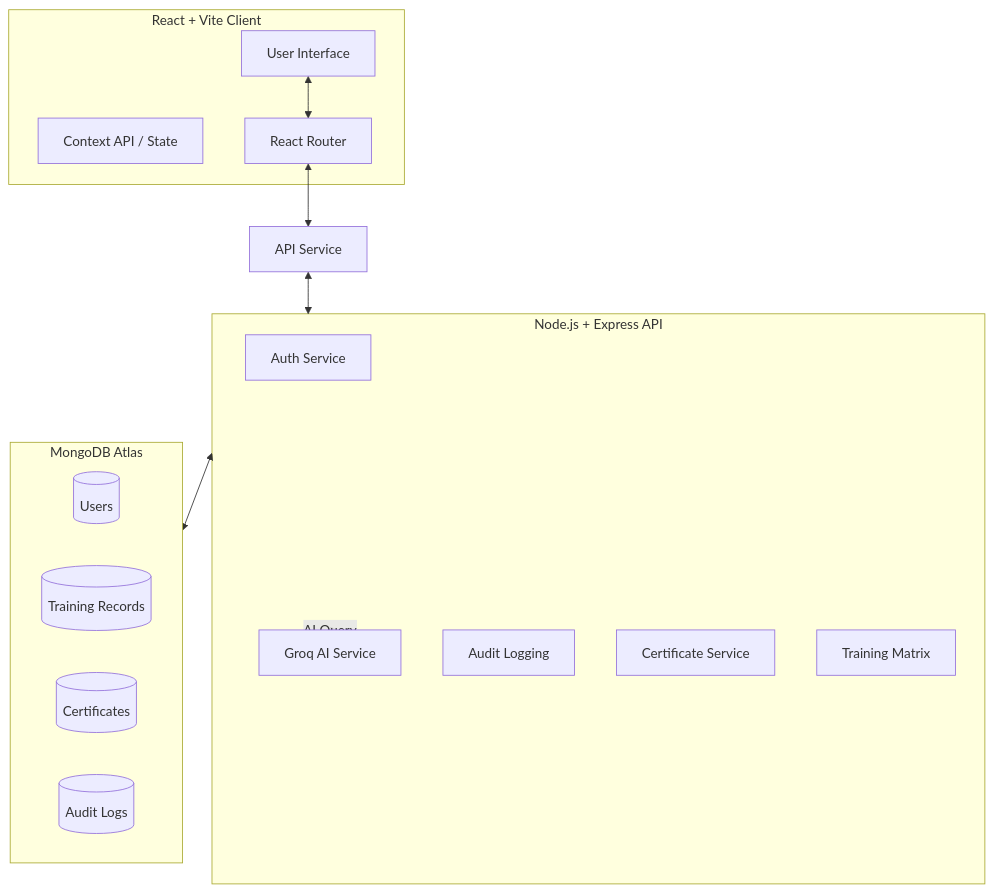
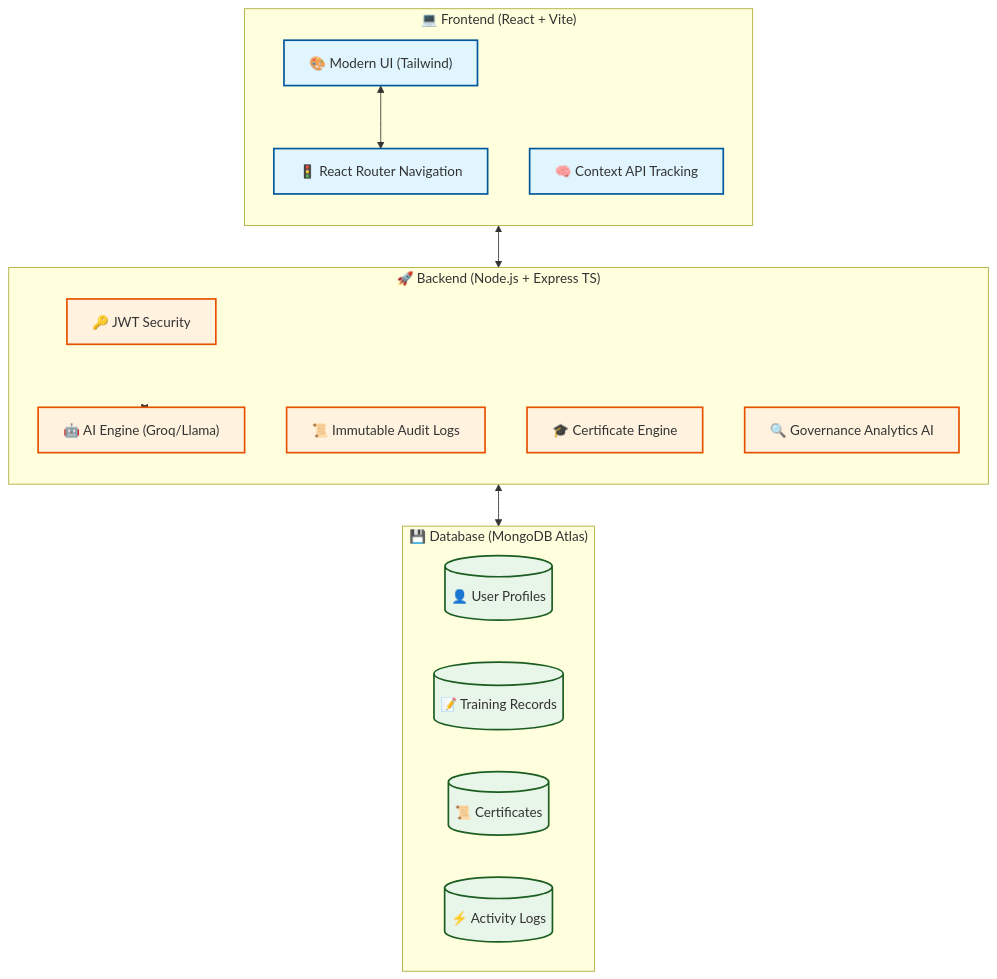
One commit to rhubballi/TMS changed the first of 3 diagrams in README.md. Above: the diagram before and after it, drawn with Mermaid.

Commit message:
Enhance architecture diagram in README.md

````diff
--- a/README.md
+++ b/README.md
@@ -9,29 +9,40 @@
 ```mermaid
-graph TD
-    subgraph Frontend [React + Vite Client]
-        UI[User Interface]
-        State[Context API / State]
-        Router[React Router]
+graph TB
+    subgraph Client_Layer ["💻 Frontend (React + Vite)"]
+        direction TB
+        UI["🎨 Modern UI (Tailwind)"]
+        State["🧠 Context API Tracking"]
+        Router["🚦 React Router Navigation"]
     end
 
-    subgraph Backend [Node.js + Express API]
-        Auth[Auth Service]
-        AIService[Groq AI Service]
-        Audit[Audit Logging]
-        Cert[Certificate Service]
-        Matrix[Training Matrix]
+    subgraph API_Gateway ["🚀 Backend (Node.js + Express TS)"]
+        direction TB
+        Auth["🔑 JWT Security"]
+        AIService["🤖 AI Engine (Groq/Llama)"]
+        Audit["📜 Immutable Audit Logs"]
+        Cert["🎓 Certificate Engine"]
+        GovAI["🔍 Governance Analytics AI"]
     end
 
-    subgraph Database [MongoDB Atlas]
-        Users[(Users)]
-        Records[(Training Records)]
-        Certs[(Certificates)]
-        Logs[(Audit Logs)]
+    subgraph Data_Persistence ["💾 Database (MongoDB Atlas)"]
+        direction LR
+        Users[("👤 User Profiles")]
+        Records[("📝 Training Records")]
+        Certs[("📜 Certificates")]
+        Logs[("⚡ Activity Logs")]
     end
 
     UI <--> Router
-    Router <--> api[API Service]
-    api <--> Backend
-    Backend <--> Database
-    Backend -- AI Query --> AIService
+    Router <--> API_Gateway
+    API_Gateway <--> AIService
+    API_Gateway <--> Data_Persistence
+    
+    %% Styling
+    classDef client fill:#e1f5fe,stroke:#01579b,stroke-width:2px;
+    classDef api fill:#fff3e0,stroke:#e65100,stroke-width:2px;
+    classDef db fill:#e8f5e9,stroke:#1b5e20,stroke-width:2px;
+    
+    class UI,State,Router client;
+    class Auth,AIService,Audit,Cert,GovAI api;
+    class Users,Records,Certs,Logs db;
 ```
````
